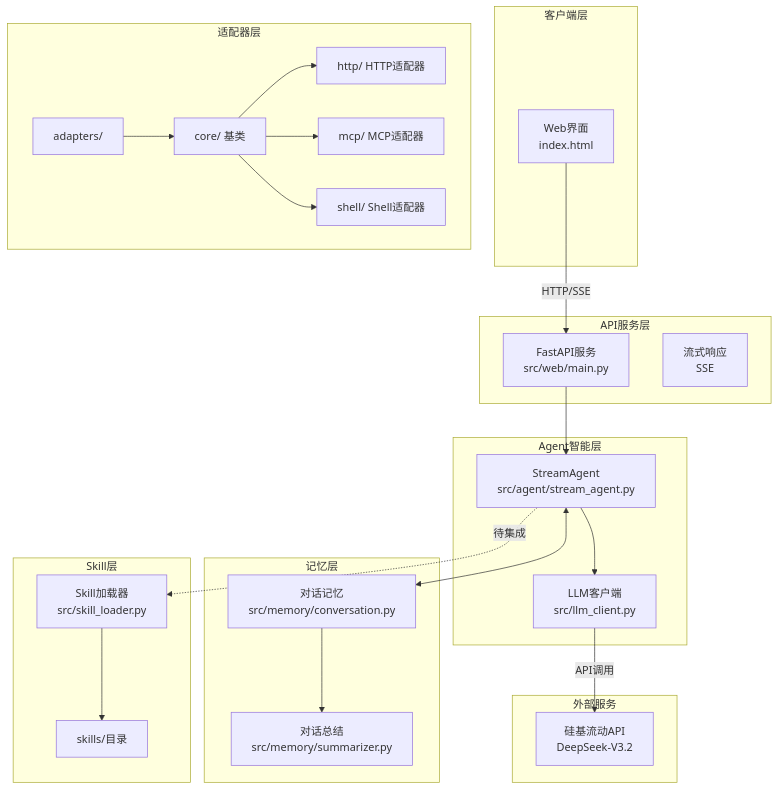
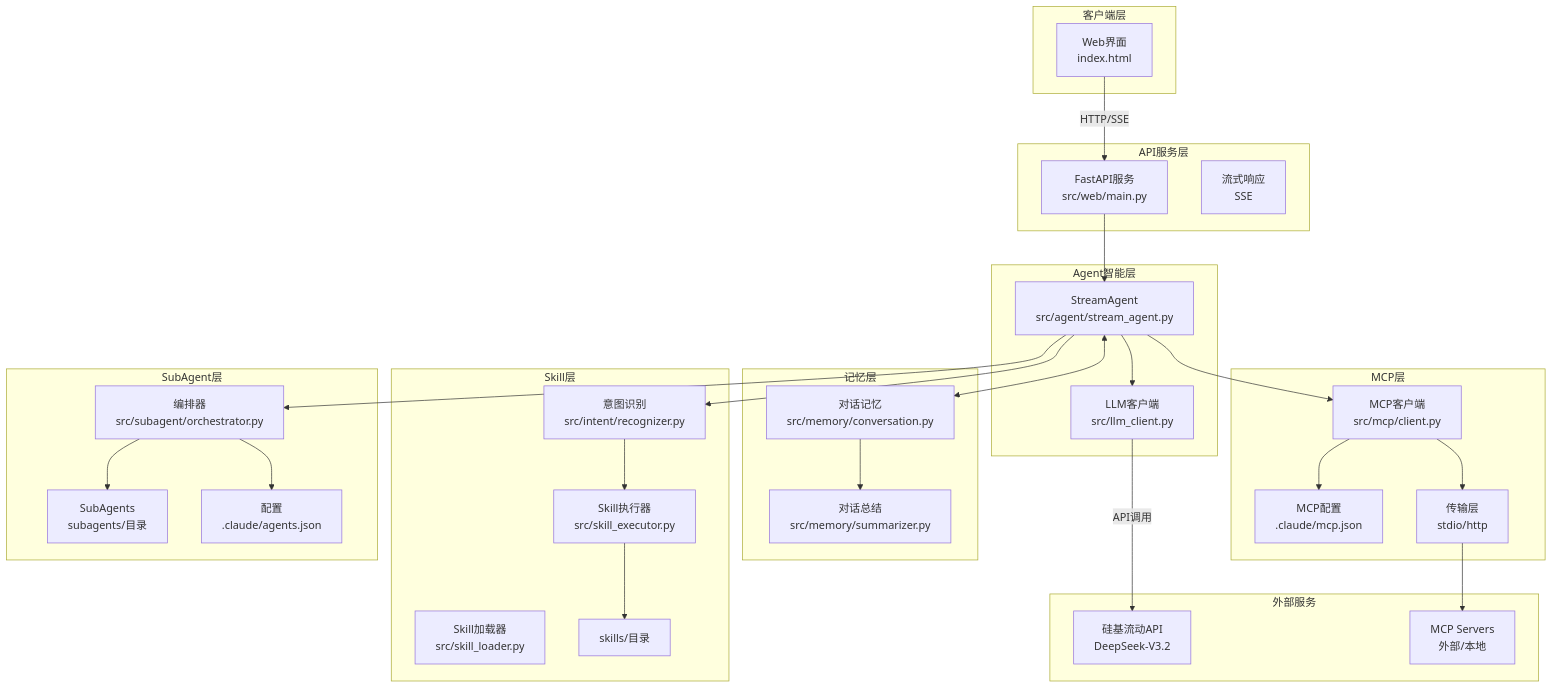
One commit to hp5748/spec-agents-basic-20260319 changed the diagram in spec/AI2AI/架构设计.md. Above: the diagram before and after it, drawn with Mermaid. The commit also changed other lines of this file and 116 other files, not shown here.

````diff
--- a/spec/AI2AI/架构设计.md
+++ b/spec/AI2AI/架构设计.md
@@ -9,51 +9,62 @@
 ```mermaid
 graph TB
     subgraph 客户端层
         UI[Web界面<br/>index.html]
     end
 
     subgraph API服务层
         MAIN[FastAPI服务<br/>src/web/main.py]
         STREAM[流式响应<br/>SSE]
     end
 
     subgraph Agent智能层
         AGENT[StreamAgent<br/>src/agent/stream_agent.py]
         LLM[LLM客户端<br/>src/llm_client.py]
     end
 
     subgraph 记忆层
         MEMORY[对话记忆<br/>src/memory/conversation.py]
         SUMMARIZER[对话总结<br/>src/memory/summarizer.py]
     end
 
     subgraph Skill层
         LOADER[Skill加载器<br/>src/skill_loader.py]
+        EXECUTOR[Skill执行器<br/>src/skill_executor.py]
+        INTENT[意图识别<br/>src/intent/recognizer.py]
         SKILLS[skills/目录]
     end
 
-    subgraph 适配器层
-        ADAPTERS[adapters/]
-        CORE[core/ 基类]
-        HTTP[http/ HTTP适配器]
-        MCP[mcp/ MCP适配器]
-        SHELL[shell/ Shell适配器]
+    subgraph MCP层
+        MCP_CLIENT[MCP客户端<br/>src/mcp/client.py]
+        MCP_CONFIG[MCP配置<br/>.claude/mcp.json]
+        MCP_TRANSPORT[传输层<br/>stdio/http]
+    end
+
+    subgraph SubAgent层
+        ORCHESTRATOR[编排器<br/>src/subagent/orchestrator.py]
+        AGENTS[SubAgents<br/>subagents/目录]
+        AGENT_CONFIG[配置<br/>.claude/agents.json]
     end
 
     subgraph 外部服务
         SILICON[硅基流动API<br/>DeepSeek-V3.2]
+        MCP_SERVERS[MCP Servers<br/>外部/本地]
     end
 
     UI -->|HTTP/SSE| MAIN
     MAIN --> AGENT
     AGENT --> LLM
     AGENT <--> MEMORY
     MEMORY --> SUMMARIZER
-    AGENT -.->|待集成| LOADER
-    LOADER --> SKILLS
-    ADAPTERS --> CORE
-    CORE --> HTTP
-    CORE --> MCP
-    CORE --> SHELL
+    AGENT --> INTENT
+    INTENT --> EXECUTOR
+    EXECUTOR --> SKILLS
+    AGENT --> MCP_CLIENT
+    MCP_CLIENT --> MCP_CONFIG
+    MCP_CLIENT --> MCP_TRANSPORT
+    MCP_TRANSPORT --> MCP_SERVERS
+    AGENT --> ORCHESTRATOR
+    ORCHESTRATOR --> AGENT_CONFIG
+    ORCHESTRATOR --> AGENTS
     LLM -->|API调用| SILICON
 ```
````
